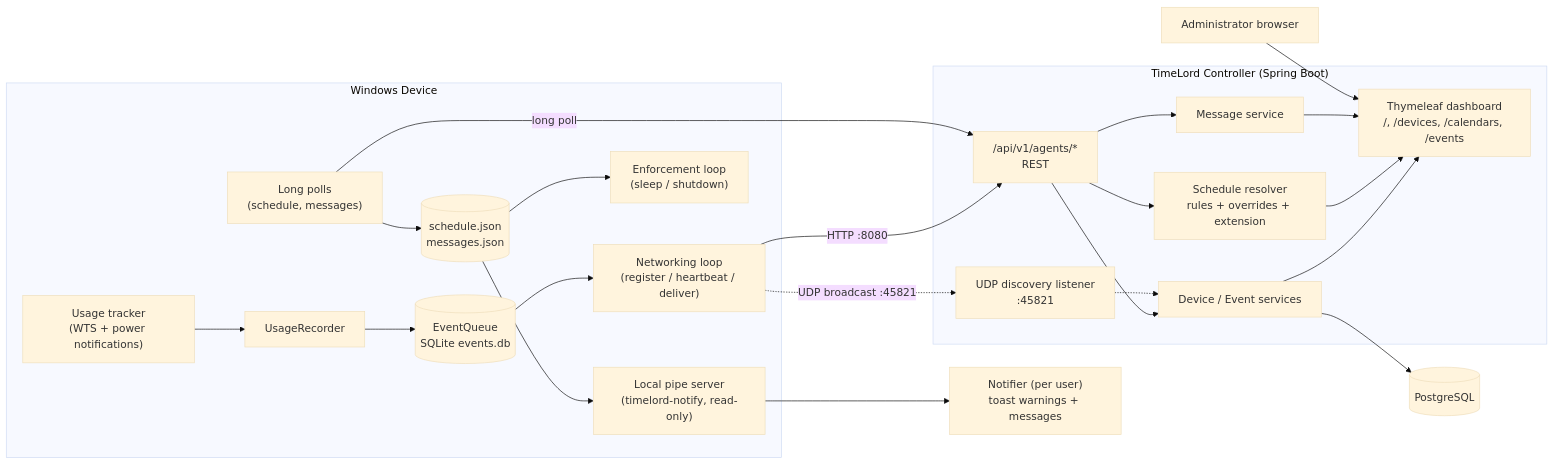
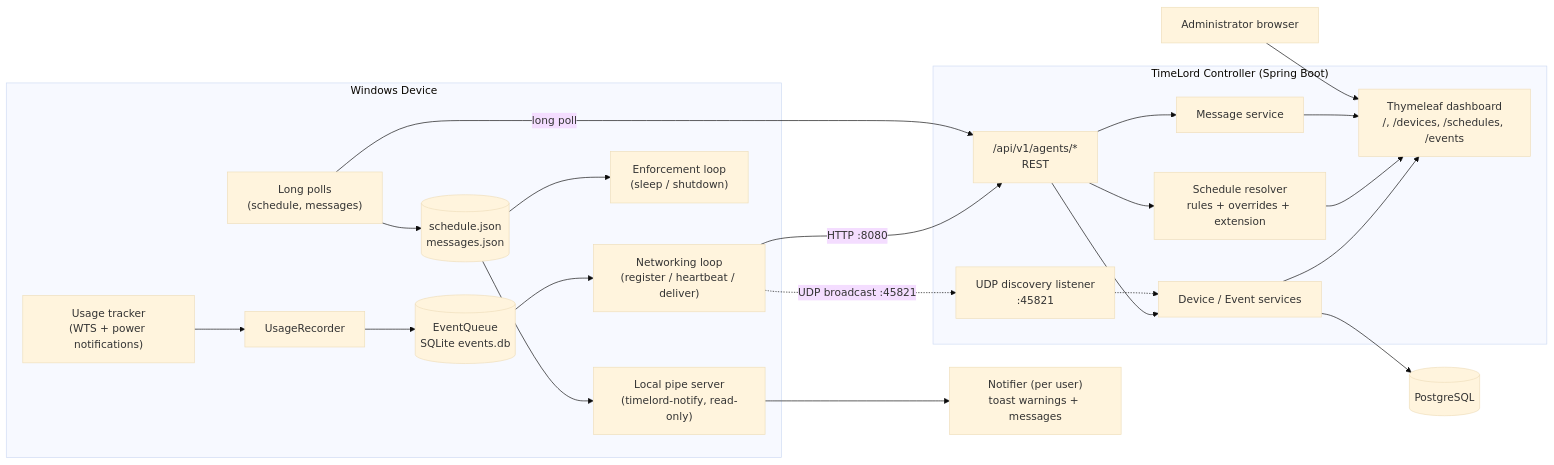
Before and after one commit to johnjoeallen/timelord: the first of 2 diagrams in docs/architecture.md, drawn with Mermaid (base theme). The commit also changed 52 other files, not shown here.

````diff
--- a/docs/architecture.md
+++ b/docs/architecture.md
@@ -126,46 +126,46 @@
 ```mermaid
 flowchart LR
     subgraph Windows Device
         Tracker["Usage tracker\n(WTS + power notifications)"]
         Recorder[UsageRecorder]
         Queue[("EventQueue\nSQLite events.db")]
         Net["Networking loop\n(register / heartbeat / deliver)"]
         Poll["Long polls\n(schedule, messages)"]
         Cache[("schedule.json\nmessages.json")]
         Enforce["Enforcement loop\n(sleep / shutdown)"]
         Pipe["Local pipe server\n(timelord-notify, read-only)"]
         Tracker --> Recorder --> Queue
         Queue --> Net
         Poll --> Cache
         Cache --> Enforce
         Cache --> Pipe
     end
 
     Notifier["Notifier (per user)\ntoast warnings + messages"]
     Pipe --> Notifier
 
     subgraph "TimeLord Controller (Spring Boot)"
         API["/api/v1/agents/*\nREST"]
         Disco["UDP discovery listener\n:45821"]
         Svc[Device / Event services]
         Cal["Schedule resolver\nrules + overrides + extension"]
         Msg[Message service]
-        UI["Thymeleaf dashboard\n/, /devices, /calendars, /events"]
+        UI["Thymeleaf dashboard\n/, /devices, /schedules, /events"]
         API --> Svc
         API --> Cal
         API --> Msg
         Disco -.-> Svc
         Svc --> UI
         Cal --> UI
         Msg --> UI
     end
 
     DB[(PostgreSQL)]
 
     Net -- "HTTP :8080" --> API
     Poll -- "long poll" --> API
     Net -. "UDP broadcast :45821" .-> Disco
     Svc --> DB
 
     Admin[Administrator browser] --> UI
 ```
````
